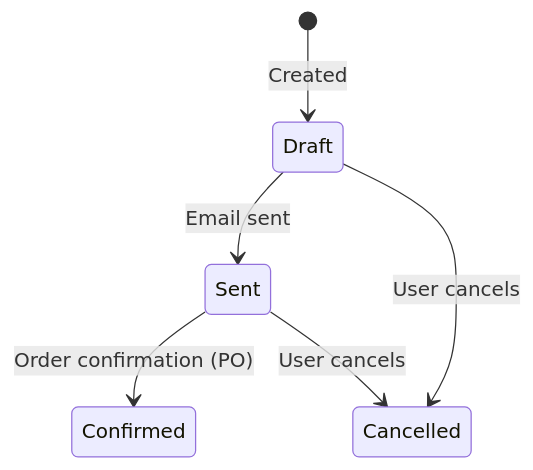
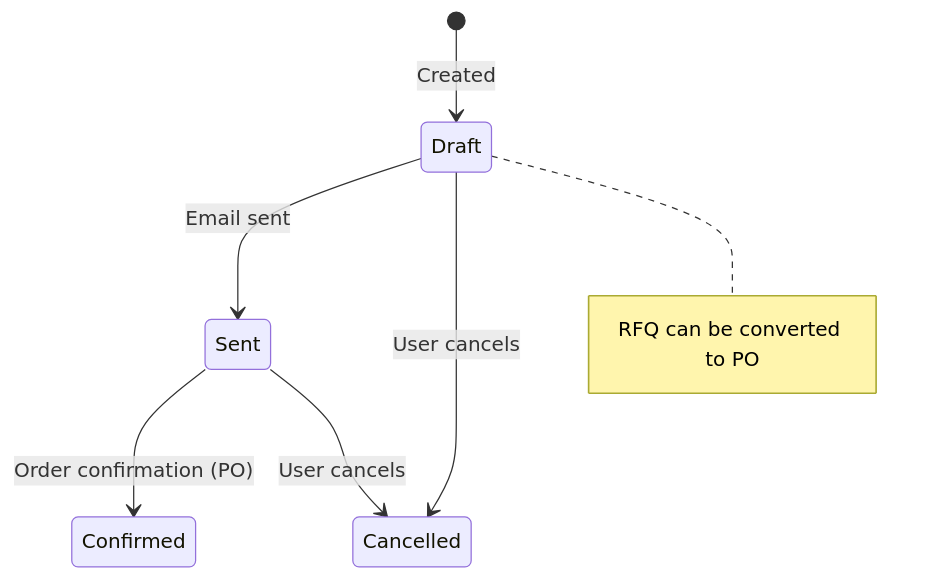
The third of 7 diagrams in ww_portal_enterprise_docs.md (Skippy-code-604/westernwindows-ca), drawn with Mermaid before and after one commit. The commit also changed other lines of this file and 2 other files, not shown here.

Commit message:
fix: B5 convertToPO double json parse + update roadmap

````diff
--- a/ww_portal_enterprise_docs.md
+++ b/ww_portal_enterprise_docs.md
@@ -335,8 +309,10 @@
 ```mermaid
 stateDiagram-v2
     [*] --> Draft : Created
     Draft --> Sent : Email sent
     Sent --> Confirmed : Order confirmation (PO)
     Draft --> Cancelled : User cancels
     Sent --> Cancelled : User cancels
+
+    note right of Draft : RFQ can be converted to PO
 ```
````
